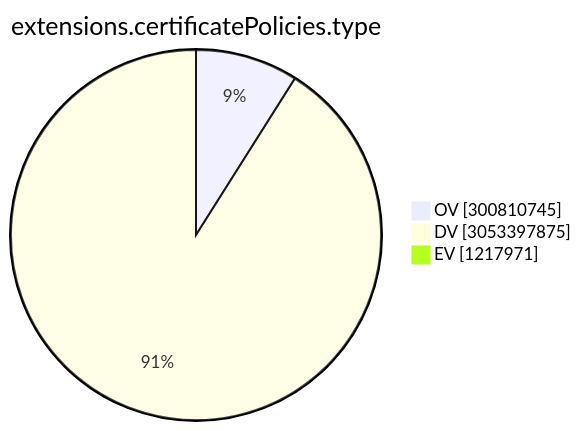
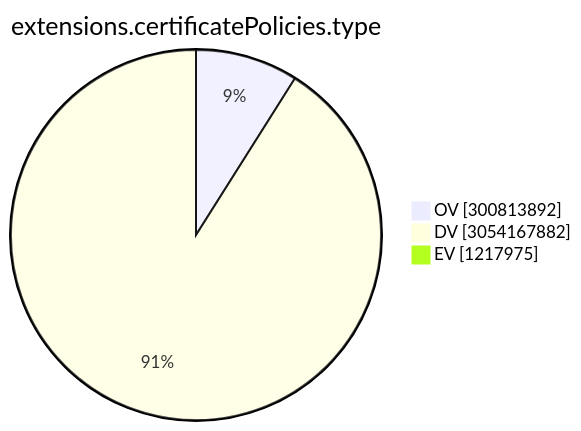
One commit to christiankrug/ctmonitor_visualization changed the ninth of 15 diagrams in TOTAL/README.md. Above: the diagram before and after it, drawn with Mermaid. The commit also changed other lines of this file, not shown here.

````diff
--- a/TOTAL/README.md
+++ b/TOTAL/README.md
@@ -3102,7 +3102,7 @@
 ```mermaid
 pie showData
 title extensions.certificatePolicies.type
-"OV" :300810745
-"DV" :3053397875
-"EV" :1217971
+"OV" :300813892
+"DV" :3054167882
+"EV" :1217975
 ```
````
